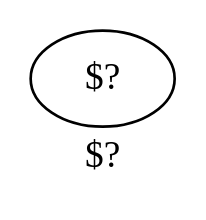
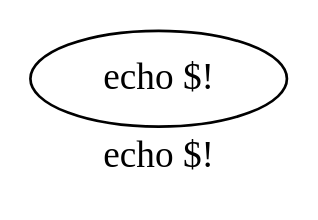
The diagram in tree.dot (YeGoRenji/minishell-1337), drawn with Graphviz before and after one commit. The commit also changed 1 other file, not shown here.

```diff
--- a/tree.dot
+++ b/tree.dot
@@ -1,4 +1,4 @@
 digraph yep {
-	label="$?"
-	n0[label="$? "];
+	label="echo $!"
+	n0[label="echo $! "];
 }
```
